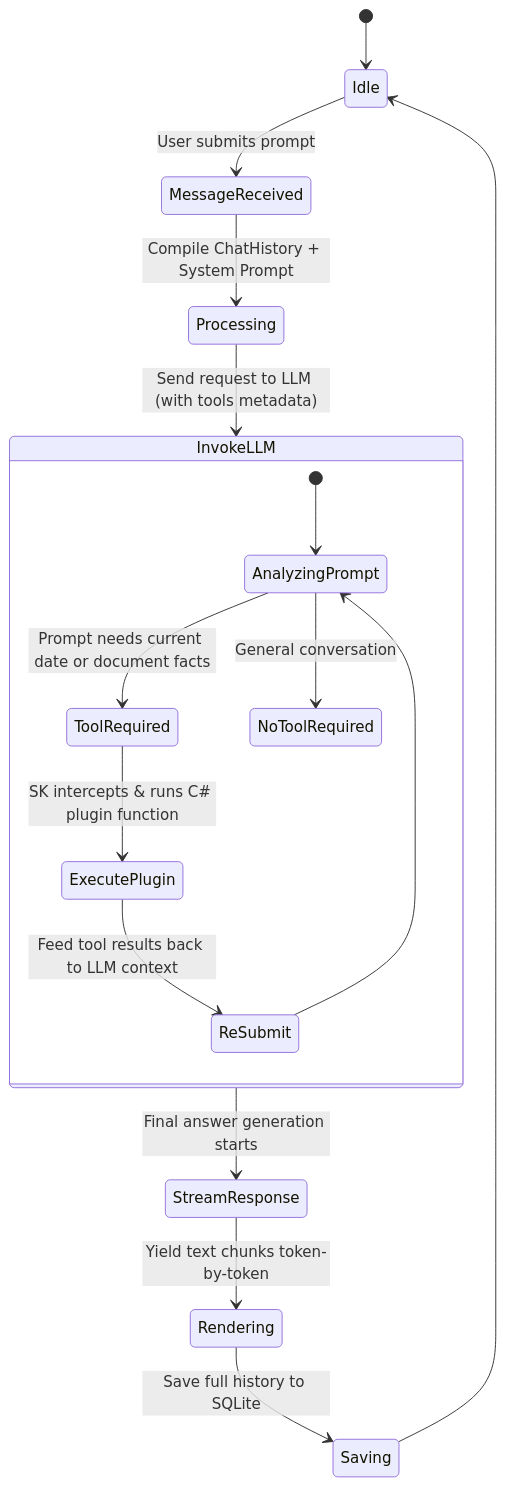
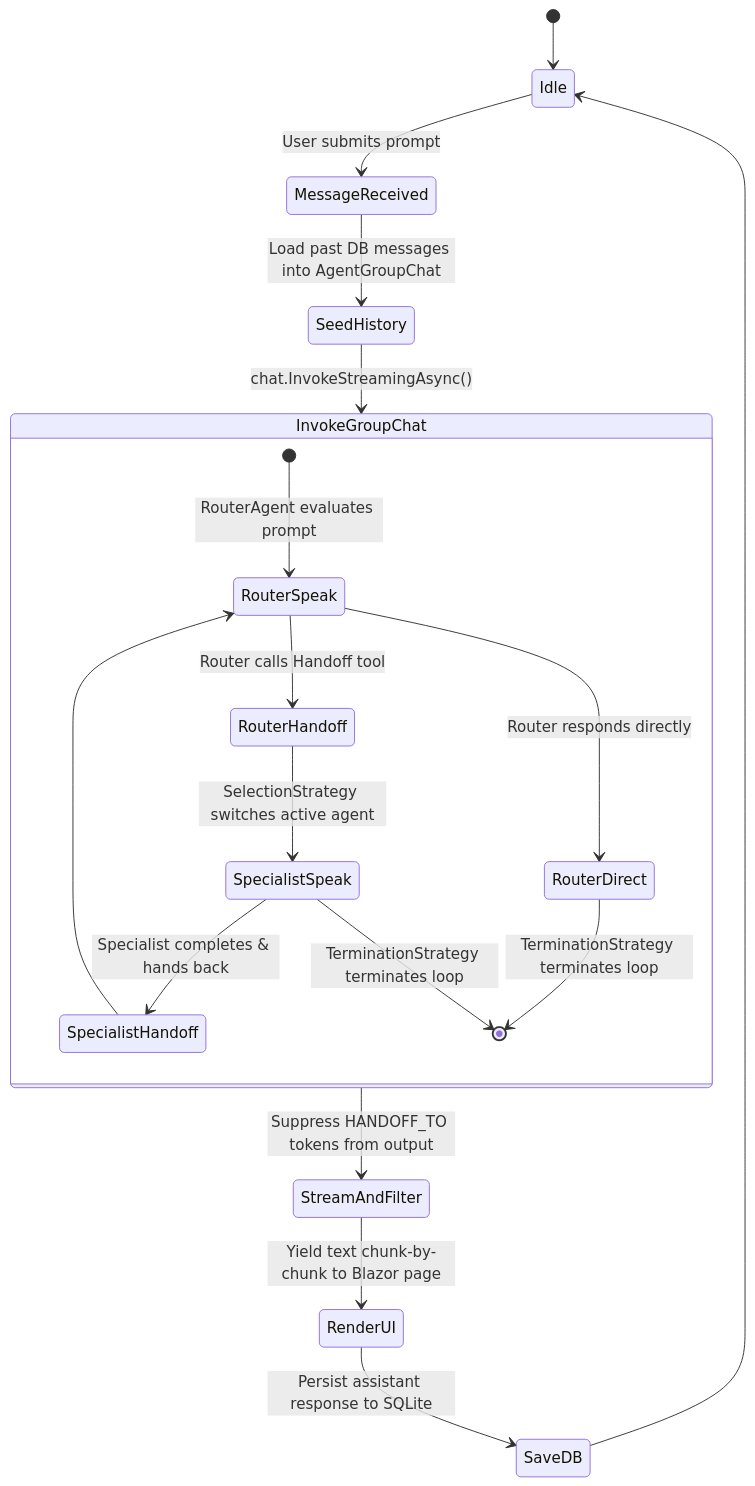
The second of 2 diagrams in docs/agents.md (nokfur/InsightStreamAI), drawn with Mermaid before and after one commit. The commit also changed other lines of this file and 6 other files, not shown here.

````diff
--- a/docs/agents.md
+++ b/docs/agents.md
@@ -57,22 +79,25 @@
 ```mermaid
 stateDiagram-v2
     [*] --> Idle
     Idle --> MessageReceived : User submits prompt
-    MessageReceived --> Processing : Compile ChatHistory + System Prompt
-    Processing --> InvokeLLM : Send request to LLM (with tools metadata)
+    MessageReceived --> SeedHistory : Load past DB messages into AgentGroupChat
+    SeedHistory --> InvokeGroupChat : chat.InvokeStreamingAsync()
     
-    state InvokeLLM {
-        [*] --> AnalyzingPrompt
-        AnalyzingPrompt --> ToolRequired : Prompt needs current date or document facts
-        AnalyzingPrompt --> NoToolRequired : General conversation
+    state InvokeGroupChat {
+        [*] --> RouterSpeak : RouterAgent evaluates prompt
+        RouterSpeak --> RouterHandoff : Router calls Handoff tool
+        RouterSpeak --> RouterDirect : Router responds directly
         
-        ToolRequired --> ExecutePlugin : SK intercepts & runs C# plugin function
-        ExecutePlugin --> ReSubmit : Feed tool results back to LLM context
-        ReSubmit --> AnalyzingPrompt
+        RouterHandoff --> SpecialistSpeak : SelectionStrategy switches active agent
+        SpecialistSpeak --> SpecialistHandoff : Specialist completes & hands back
+        SpecialistHandoff --> RouterSpeak
+        
+        RouterDirect --> [*] : TerminationStrategy terminates loop
+        SpecialistSpeak --> [*] : TerminationStrategy terminates loop
     }
 
-    InvokeLLM --> StreamResponse : Final answer generation starts
-    StreamResponse --> Rendering : Yield text chunks token-by-token
-    Rendering --> Saving : Save full history to SQLite
-    Saving --> Idle
+    InvokeGroupChat --> StreamAndFilter : Suppress HANDOFF_TO tokens from output
+    StreamAndFilter --> RenderUI : Yield text chunk-by-chunk to Blazor page
+    RenderUI --> SaveDB : Persist assistant response to SQLite
+    SaveDB --> Idle
 ```
````
